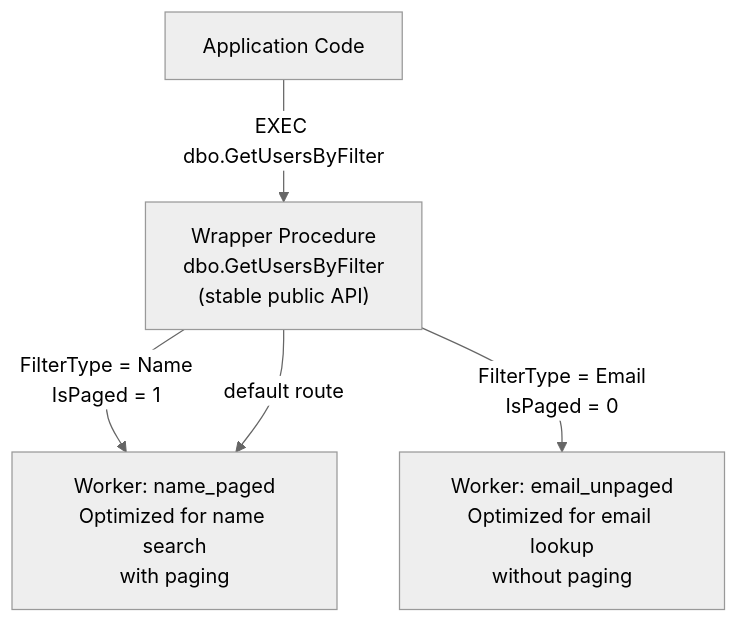
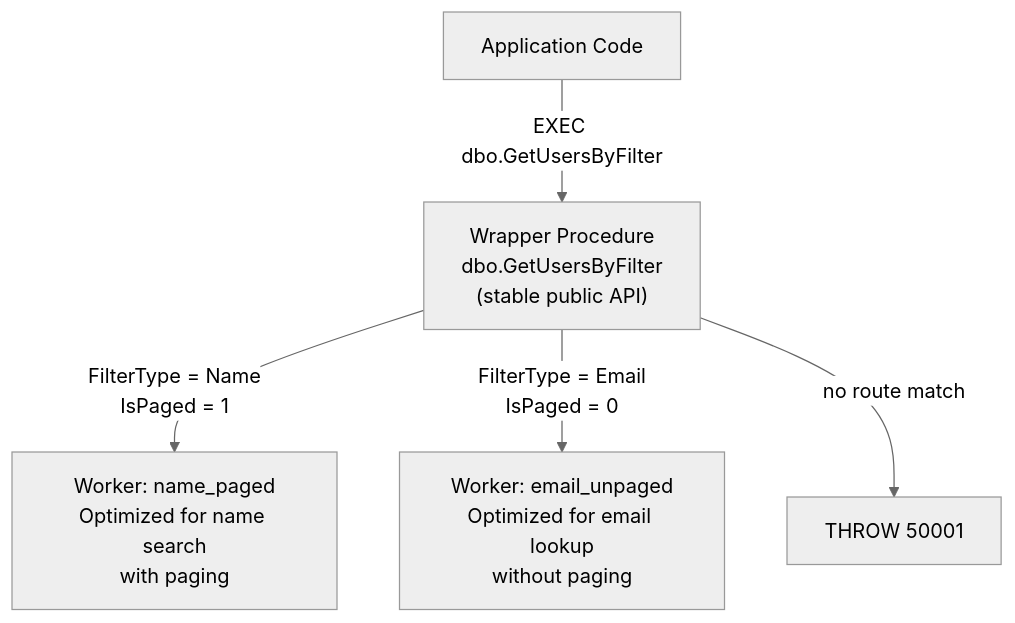
The second of 3 diagrams in README.md (Clinical-Support-Systems/DbProcGen), drawn with Mermaid (neutral theme) before and after one commit. The commit also changed other lines of this file and 21 other files, not shown here.

First line of the commit message:
Support route sqlBody and explicit unmatched THROW

````diff
--- a/README.md
+++ b/README.md
@@ -111,7 +111,7 @@
 ```mermaid
 flowchart TD
     App["Application Code"] -->|"EXEC dbo.GetUsersByFilter"| W["Wrapper Procedure\ndbo.GetUsersByFilter\n(stable public API)"]
     W -->|"FilterType = Name\nIsPaged = 1"| W1["Worker: name_paged\nOptimized for name search\nwith paging"]
     W -->|"FilterType = Email\nIsPaged = 0"| W2["Worker: email_unpaged\nOptimized for email lookup\nwithout paging"]
-    W -->|"default route"| W1
+    W -->|"no route match"| X["THROW 50001"]
 ```
````
